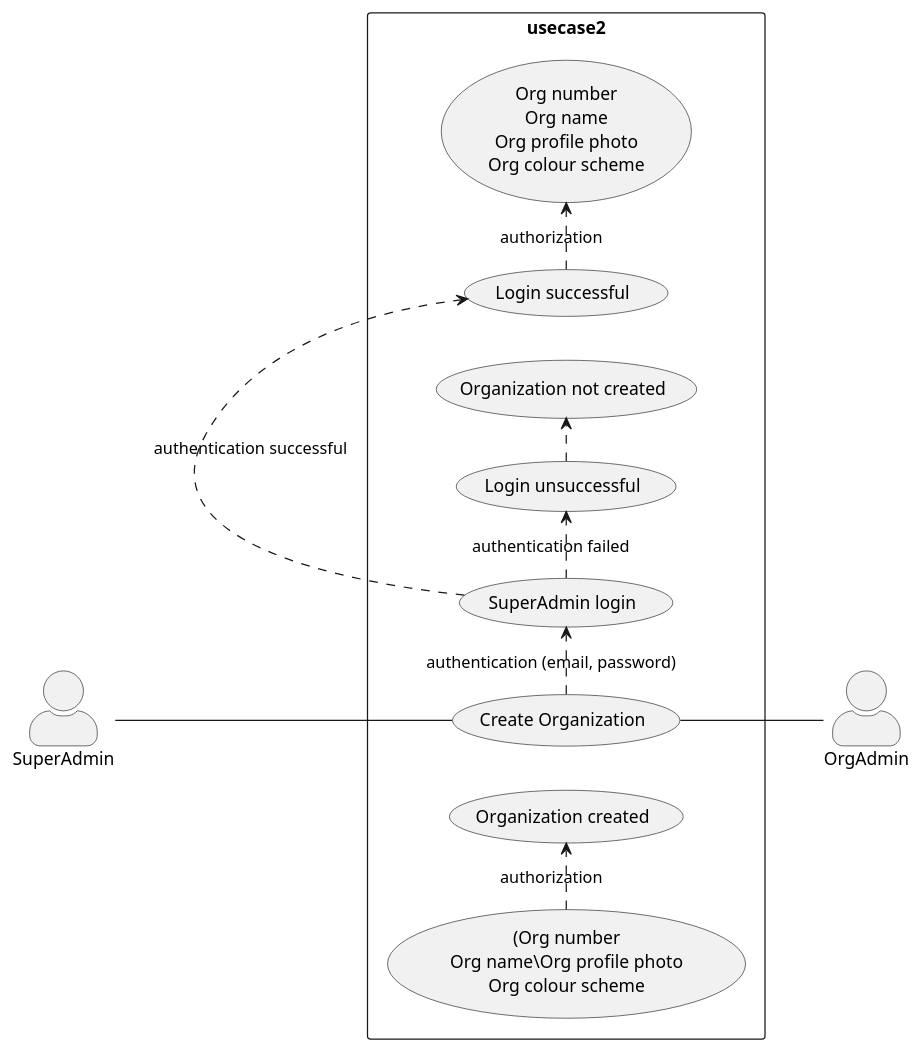
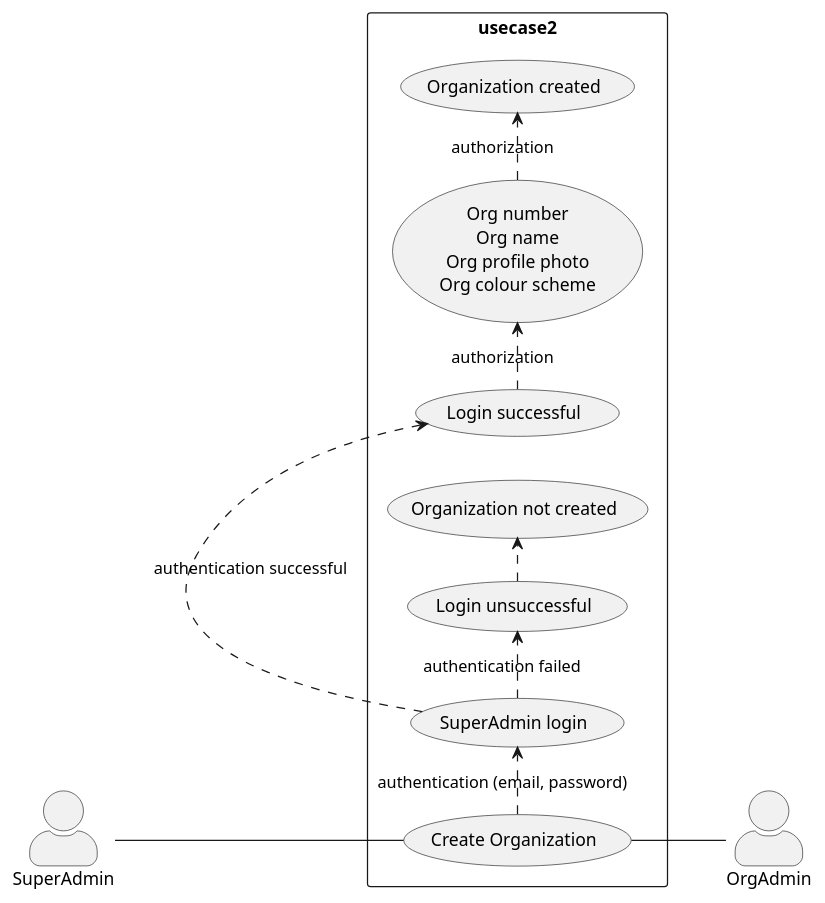
The diagram in 2_super_admin_usecase2.wsd (wawerualbert/CodeHub), drawn with PlantUML before and after one commit. The commit also changed 1 other file, not shown here.

```diff
--- a/2_super_admin_usecase2.wsd
+++ b/2_super_admin_usecase2.wsd
@@ -1,20 +1,20 @@
-@startumlSuperAdmin
+@startuml SuperAdmin Create Organization
 
 skinparam actorStyle awesome
 left to right direction
 skinparam packageStyle rectangle
 
 actor SuperAdmin
 actor OrgAdmin
 rectangle usecase2 {
   SuperAdmin-- (Create Organization)
   (Create Organization) .> (SuperAdmin login) : authentication (email, password)
   (SuperAdmin login) .> (Login successful) : authentication successful
   (Login successful) .> (Org number\nOrg name\nOrg profile photo\nOrg colour scheme) : authorization
-  ((Org number\nOrg name\Org profile photo\nOrg colour scheme) .> (Organization created) : authorization 
+  (Org number\nOrg name\nOrg profile photo\nOrg colour scheme) .> (Organization created) : authorization 
   (SuperAdmin login) .> (Login unsuccessful) : authentication failed
   (Login unsuccessful) .> (Organization not created)  
   (Create Organization)-- OrgAdmin
 }
 
 @enduml
```
